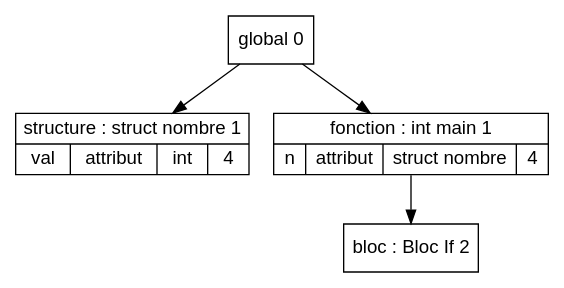
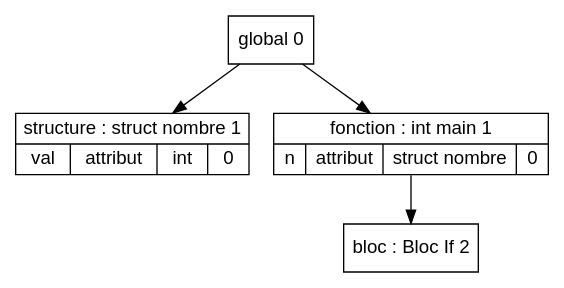
The diagram in Code/out/tds/dot/Test_Semantique/cond1.dot (Hamza-ABDOULHOUSSEN/compil), drawn with Graphviz before and after one commit. The commit also changed 27 other files, not shown here.

```diff
--- a/Code/out/tds/dot/Test_Semantique/cond1.dot
+++ b/Code/out/tds/dot/Test_Semantique/cond1.dot
@@ -1,23 +1,23 @@
 digraph "tds"{
 
 	node [fontname="Arial"];
 
 	N1 [shape=record label="{ structure : struct nombre 1
-	| { val | attribut | int | 4 }
+	| { val | attribut | int | 0 }
 	}"];
 
 	N3 [shape=record label="{ bloc : Bloc If  2
 	}"];
 
 	N2 [shape=record label="{ fonction : int main 1
-	| { n | attribut | struct nombre | 4 }
+	| { n | attribut | struct nombre | 0 }
 	}"];
 
 	N0 [shape=record label="{ global 0
 	}"];
 
 
 	N0 -> N1; 
 	N0 -> N2; 
 	N2 -> N3; 
 }
```
